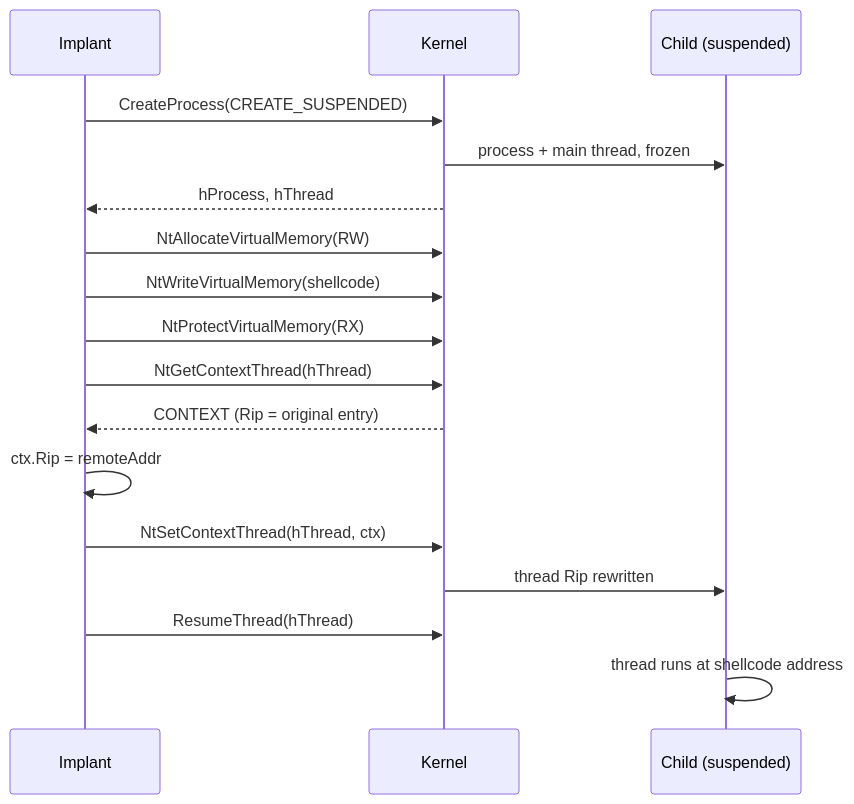
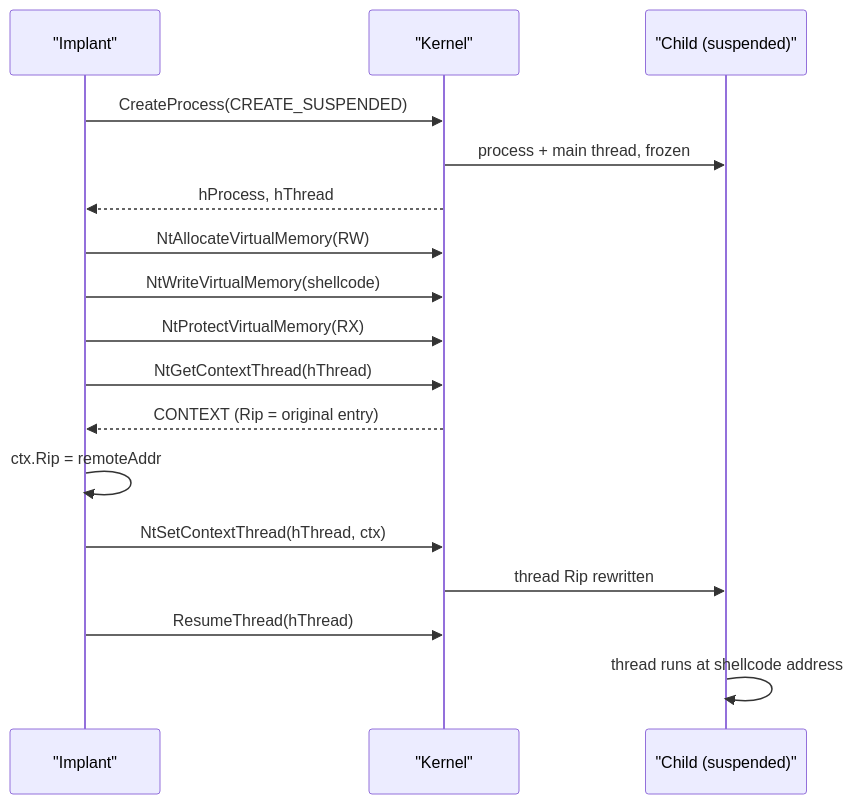
The diagram in docs/techniques/injection/thread-hijack.md (oioio-space/maldev), drawn with Mermaid before and after one commit. The commit also changed 52 other files, not shown here.

First line of the commit message:
fix(docs): quote multi-word Mermaid participant aliases — 11.2.0 strict-mode sweep

````diff
--- a/docs/techniques/injection/thread-hijack.md
+++ b/docs/techniques/injection/thread-hijack.md
@@ -42,24 +42,24 @@
 ```mermaid
 sequenceDiagram
-    participant Impl as Implant
-    participant Kern as Kernel
-    participant Child as Child (suspended)
+    participant Impl as "Implant"
+    participant Kern as "Kernel"
+    participant Child as "Child (suspended)"
 
     Impl->>Kern: CreateProcess(CREATE_SUSPENDED)
     Kern->>Child: process + main thread, frozen
     Kern-->>Impl: hProcess, hThread
 
     Impl->>Kern: NtAllocateVirtualMemory(RW)
     Impl->>Kern: NtWriteVirtualMemory(shellcode)
     Impl->>Kern: NtProtectVirtualMemory(RX)
 
     Impl->>Kern: NtGetContextThread(hThread)
     Kern-->>Impl: CONTEXT (Rip = original entry)
 
     Impl->>Impl: ctx.Rip = remoteAddr
     Impl->>Kern: NtSetContextThread(hThread, ctx)
     Kern->>Child: thread Rip rewritten
 
     Impl->>Kern: ResumeThread(hThread)
     Child->>Child: thread runs at shellcode address
 ```
````
